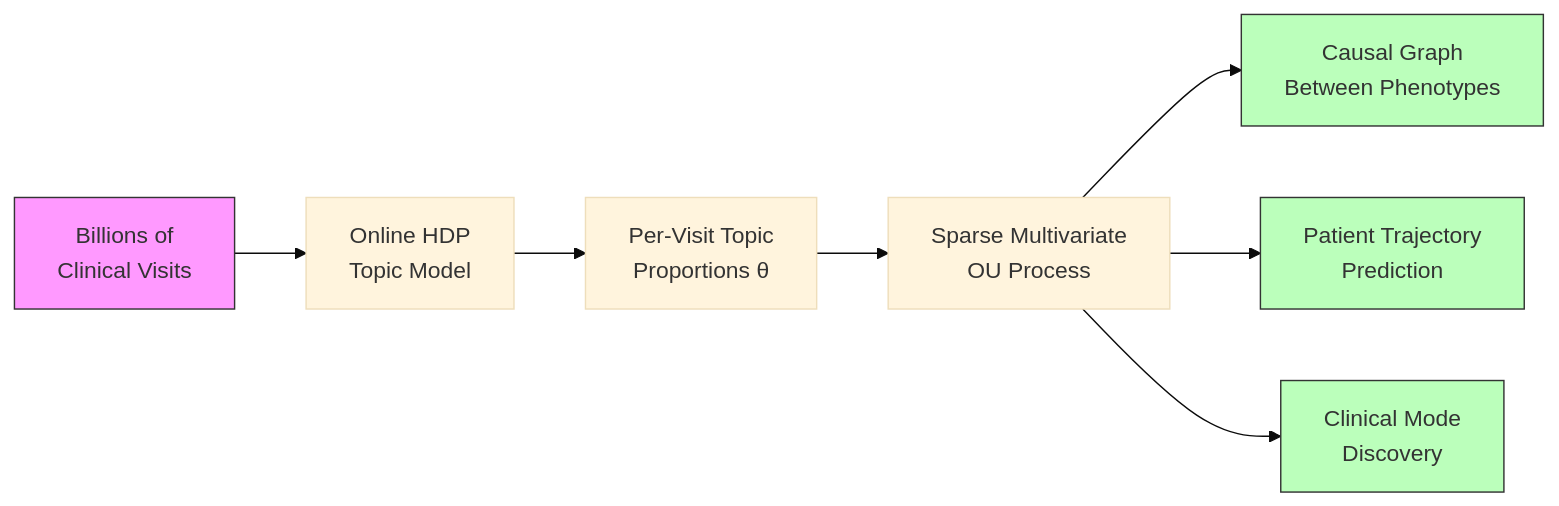
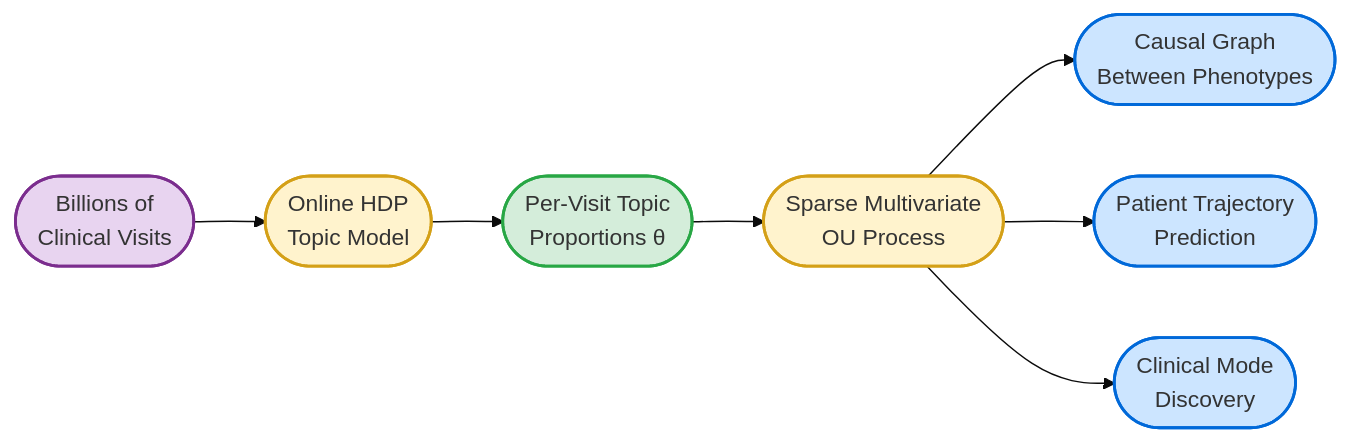
Before and after one commit to oneilsh/topic-state-space-modeling: the first of 7 diagrams in TOPIC_STATE_MODELING.md, drawn with Mermaid (base theme). The commit also changed other lines of this file and 5 other files, not shown here.

````diff
--- a/TOPIC_STATE_MODELING.md
+++ b/TOPIC_STATE_MODELING.md
@@ -65,14 +65,17 @@
 ```mermaid
 graph LR
-    A[Billions of<br/>Clinical Visits] --> B[Online HDP<br/>Topic Model]
-    B --> C[Per-Visit Topic<br/>Proportions θ]
-    C --> D[Sparse Multivariate<br/>OU Process]
-    D --> E[Causal Graph<br/>Between Phenotypes]
-    D --> F[Patient Trajectory<br/>Prediction]
-    D --> G[Clinical Mode<br/>Discovery]
+    A(["Billions of<br/>Clinical Visits"]) --> B(["Online HDP<br/>Topic Model"])
+    B --> C(["Per-Visit Topic<br/>Proportions θ"])
+    C --> D(["Sparse Multivariate<br/>OU Process"])
+    D --> E(["Causal Graph<br/>Between Phenotypes"])
+    D --> F(["Patient Trajectory<br/>Prediction"])
+    D --> G(["Clinical Mode<br/>Discovery"])
 
-    style A fill:#f9f,stroke:#333
-    style E fill:#bfb,stroke:#333
-    style F fill:#bfb,stroke:#333
-    style G fill:#bfb,stroke:#333
+    style A fill:#e8d4f0,stroke:#7b2d8e,stroke-width:2px
+    style B fill:#fff3cd,stroke:#d4a017,stroke-width:2px
+    style C fill:#d4edda,stroke:#28a745,stroke-width:2px
+    style D fill:#fff3cd,stroke:#d4a017,stroke-width:2px
+    style E fill:#cce5ff,stroke:#0069d9,stroke-width:2px
+    style F fill:#cce5ff,stroke:#0069d9,stroke-width:2px
+    style G fill:#cce5ff,stroke:#0069d9,stroke-width:2px
 ```
````
